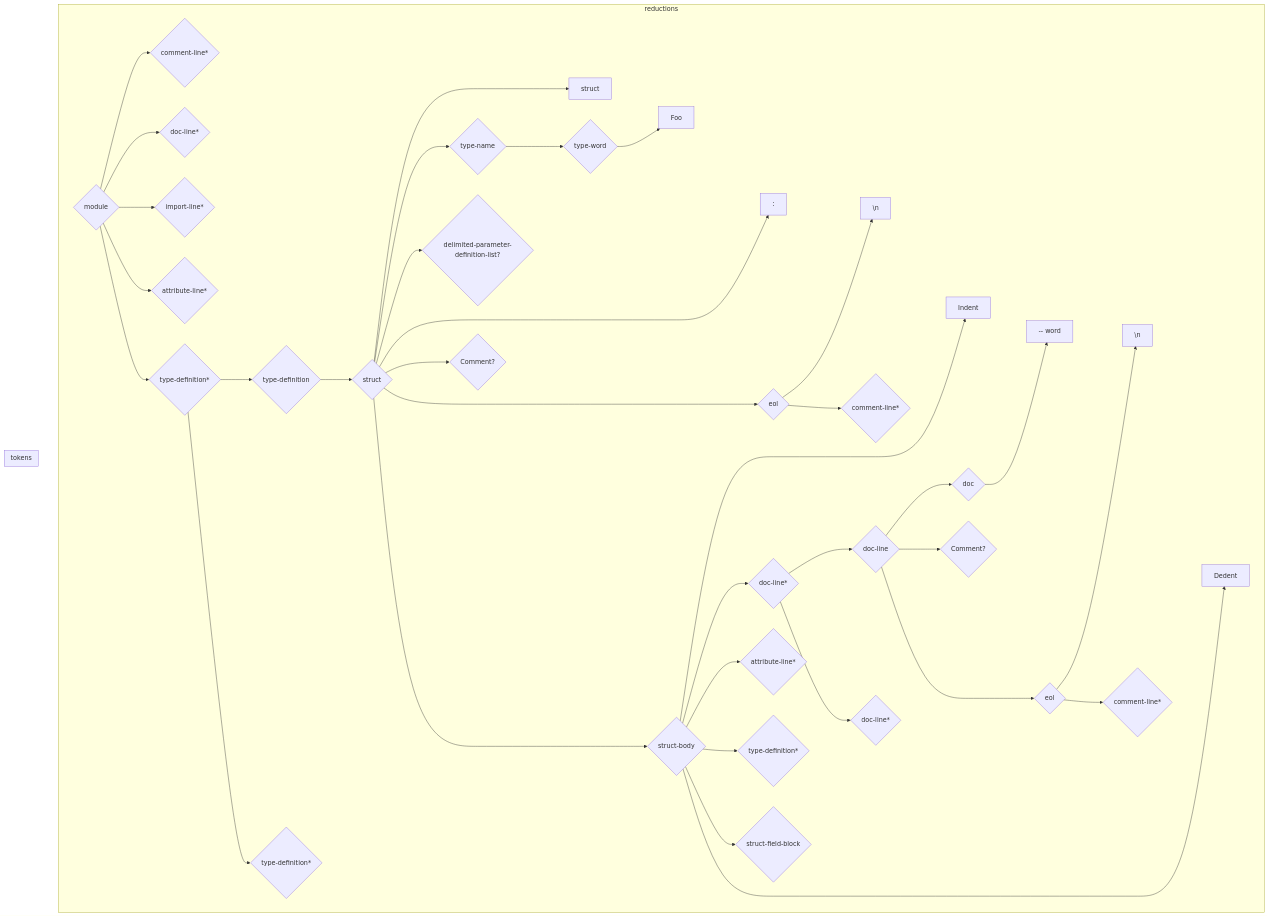
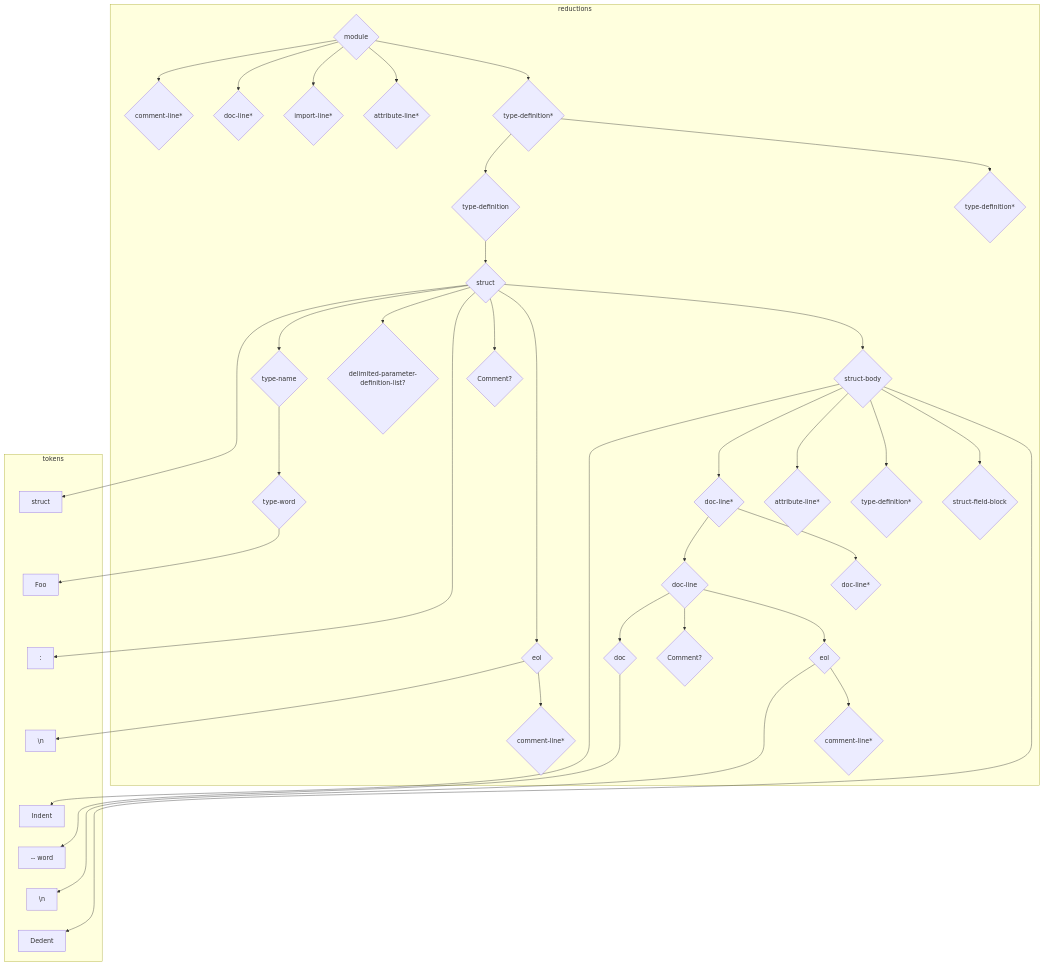
The seventh of 7 diagrams in doc/design.md (reventlov/emboss), drawn with Mermaid before and after one commit.

````diff
--- a/doc/design.md
+++ b/doc/design.md
@@ -472,75 +472,75 @@
 ```mermaid
 graph TD
     subgraph reductions
         r0@{shape: diamond, label: "module"}
-        r0 --> r1
-        r0 --> r2
-        r0 --> r3
-        r0 --> r4
-        r0 --> r5
         r1@{shape: diamond, label: "comment-line*"}
         r2@{shape: diamond, label: "doc-line*"}
         r3@{shape: diamond, label: "import-line*"}
         r4@{shape: diamond, label: "attribute-line*"}
         r5@{shape: diamond, label: "type-definition*"}
-        r5 --> r6
-        r5 --> r25
         r6@{shape: diamond, label: "type-definition"}
-        r6 --> r7
         r7@{shape: diamond, label: "struct"}
-        r7 --> t0
-        r7 --> r8
-        r7 --> r10
-        r7 --> t2
-        r7 --> r11
-        r7 --> r12
-        r7 --> r14
         r8@{shape: diamond, label: "type-name"}
-        r8 --> r9
         r9@{shape: diamond, label: "type-word"}
-        r9 --> t1
         r10@{shape: diamond, label: "delimited-parameter-definition-list?"}
         r11@{shape: diamond, label: "Comment?"}
         r12@{shape: diamond, label: "eol"}
-        r12 --> t3
-        r12 --> r13
         r13@{shape: diamond, label: "comment-line*"}
         r14@{shape: diamond, label: "struct-body"}
-        r14 --> t4
-        r14 --> r15
-        r14 --> r22
-        r14 --> r23
-        r14 --> r24
-        r14 --> t7
         r15@{shape: diamond, label: "doc-line*"}
-        r15 --> r16
-        r15 --> r21
         r16@{shape: diamond, label: "doc-line"}
-        r16 --> r17
-        r16 --> r18
-        r16 --> r19
         r17@{shape: diamond, label: "doc"}
-        r17 --> t5
         r18@{shape: diamond, label: "Comment?"}
         r19@{shape: diamond, label: "eol"}
-        r19 --> t6
-        r19 --> r20
         r20@{shape: diamond, label: "comment-line*"}
         r21@{shape: diamond, label: "doc-line*"}
         r22@{shape: diamond, label: "attribute-line*"}
         r23@{shape: diamond, label: "type-definition*"}
         r24@{shape: diamond, label: "struct-field-block"}
         r25@{shape: diamond, label: "type-definition*"}
     end
+    r0 --> r1
+    r0 --> r2
+    r0 --> r3
+    r0 --> r4
+    r0 --> r5
+    r5 --> r6
+    r5 --> r25
+    r6 --> r7
+    r7 --> t0
+    r7 --> r8
+    r7 --> r10
+    r7 --> t2
+    r7 --> r11
+    r7 --> r12
+    r7 --> r14
+    r8 --> r9
+    r9 --> t1
+    r12 --> t3
+    r12 --> r13
+    r14 --> t4
+    r14 --> r15
+    r14 --> r22
+    r14 --> r23
+    r14 --> r24
+    r14 --> t7
+    r15 --> r16
+    r15 --> r21
+    r16 --> r17
+    r16 --> r18
+    r16 --> r19
+    r17 --> t5
+    r19 --> t6
+    r19 --> r20
     subgraph tokens
         t0 ~~~ t1 ~~~ t2 ~~~ t3 ~~~ t4 ~~~ t5 ~~~ t6 ~~~ t7
         t0@{shape: rect, label: "struct"}
         t1@{shape: rect, label: "Foo"}
         t2@{shape: rect, label: ":"}
         t3@{shape: rect, label: "\\n"}
         t4@{shape: rect, label: "Indent"}
         t5@{shape: rect, label: "-- word"}
         t6@{shape: rect, label: "\\n"}
         t7@{shape: rect, label: "Dedent"}
     end
 ```
````
